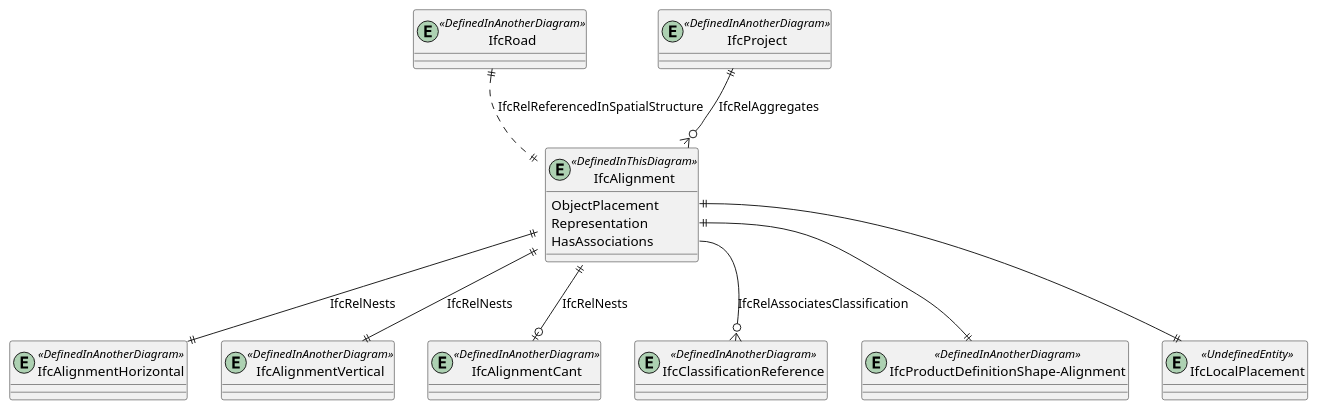
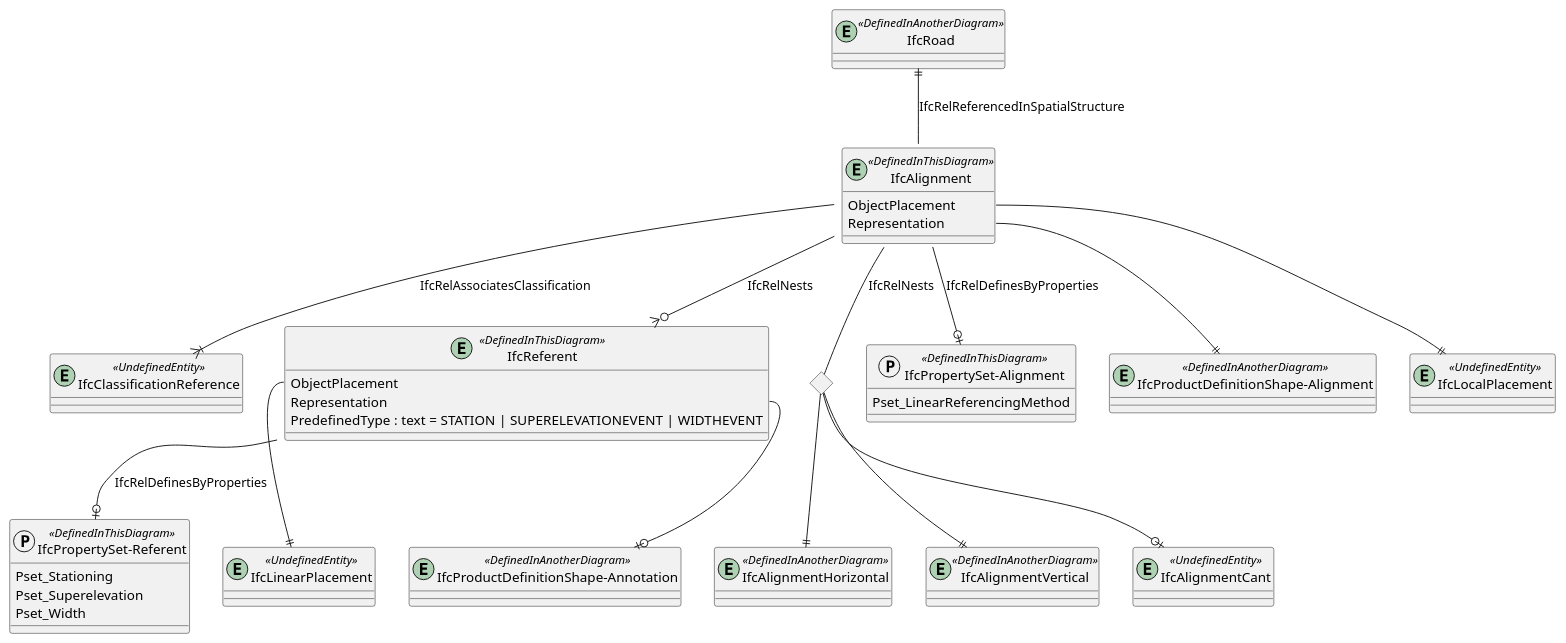
Before and after one commit to buildingSMART-Finland/RYTV-IFCRoute: the diagram in diagrams/bsf-IfcAlignment.pu, drawn with PlantUML. The commit also changed 25 other files, not shown here.

```diff
--- a/diagrams/bsf-IfcAlignment.pu
+++ b/diagrams/bsf-IfcAlignment.pu
@@ -1,31 +1,64 @@
 @startuml 
 
 entity IfcRoad <<DefinedInAnotherDiagram>>
-entity IfcProject <<DefinedInAnotherDiagram>>
 
 entity IfcAlignment <<DefinedInThisDiagram>>
 {
     ObjectPlacement
     Representation
-    HasAssociations
 }
 
 entity IfcProductDefinitionShape-Alignment <<DefinedInAnotherDiagram>>
+IfcAlignment::Representation--||"IfcProductDefinitionShape-Alignment" 
 
 entity IfcLocalPlacement <<UndefinedEntity>>
-IfcAlignment::ObjectPlacement||--||IfcLocalPlacement
+IfcAlignment::ObjectPlacement--||IfcLocalPlacement
 
-entity IfcClassificationReference <<DefinedInAnotherDiagram>>
-IfcAlignment::HasAssociations --o{ IfcClassificationReference : IfcRelAssociatesClassification
-IfcAlignment::Representation||--||"IfcProductDefinitionShape-Alignment" 
-IfcProject||--o{IfcAlignment : IfcRelAggregates
+entity IfcClassificationReference <<UndefinedEntity>>
+IfcAlignment --|{ IfcClassificationReference : IfcRelAssociatesClassification
+
+entity IfcReferent <<DefinedInThisDiagram>>
+{
+    ObjectPlacement
+    Representation
+	PredefinedType : text = STATION | SUPERELEVATIONEVENT | WIDTHEVENT
+}
+
+entity IfcProductDefinitionShape-Annotation <<DefinedInAnotherDiagram>>
+IfcReferent::Representation--o|"IfcProductDefinitionShape-Annotation" 
+
+entity IfcLinearPlacement <<UndefinedEntity>>
+
+IfcReferent::ObjectPlacement--||IfcLinearPlacement
+
+IfcAlignment --o{ IfcReferent : IfcRelNests
+
 entity IfcAlignmentHorizontal <<DefinedInAnotherDiagram>>
-IfcAlignment||--||IfcAlignmentHorizontal : IfcRelNests
 entity IfcAlignmentVertical <<DefinedInAnotherDiagram>>
-IfcAlignment||--||IfcAlignmentVertical : IfcRelNests
-entity IfcAlignmentCant <<DefinedInAnotherDiagram>>
-IfcAlignment||--o|IfcAlignmentCant : IfcRelNests
+entity IfcAlignmentCant <<UndefinedEntity>>
 
-IfcRoad||..||IfcAlignment : IfcRelReferencedInSpatialStructure
+<> sequence
+IfcAlignment -- sequence : IfcRelNests
+sequence --|| IfcAlignmentHorizontal
+sequence --|| IfcAlignmentVertical
+sequence --o|IfcAlignmentCant
+
+
+IfcRoad||--IfcAlignment : IfcRelReferencedInSpatialStructure
+
+protocol "IfcPropertySet-Alignment" <<DefinedInThisDiagram>>
+{
+  Pset_LinearReferencingMethod
+}
+IfcAlignment --o| "IfcPropertySet-Alignment" : IfcRelDefinesByProperties
+
+Protocol "IfcPropertySet-Referent" <<DefinedInThisDiagram>>
+{
+  Pset_Stationing
+  Pset_Superelevation
+  Pset_Width
+  
+}
+IfcReferent --o| "IfcPropertySet-Referent" : IfcRelDefinesByProperties
 
 @enduml
```
